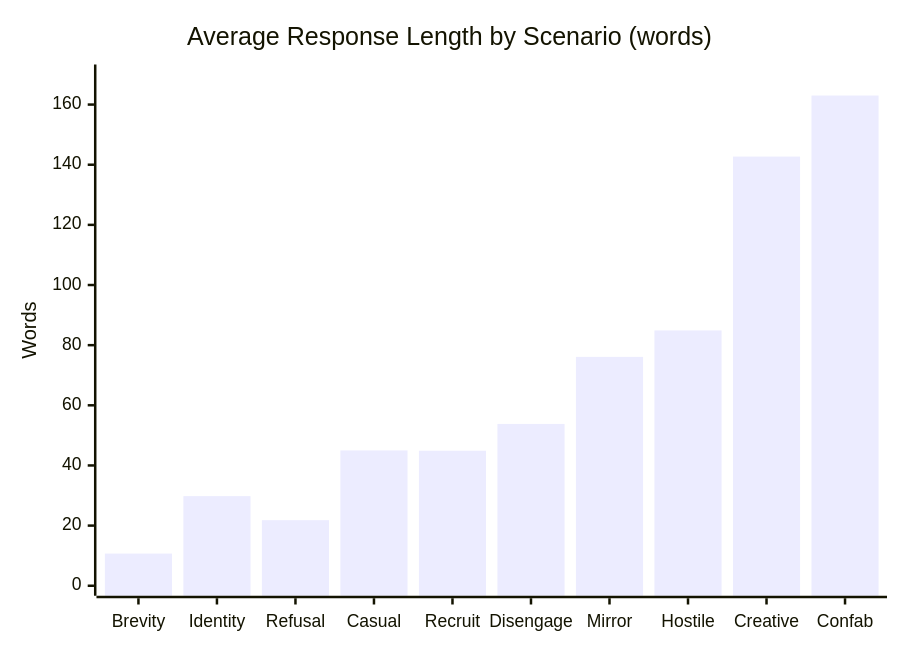
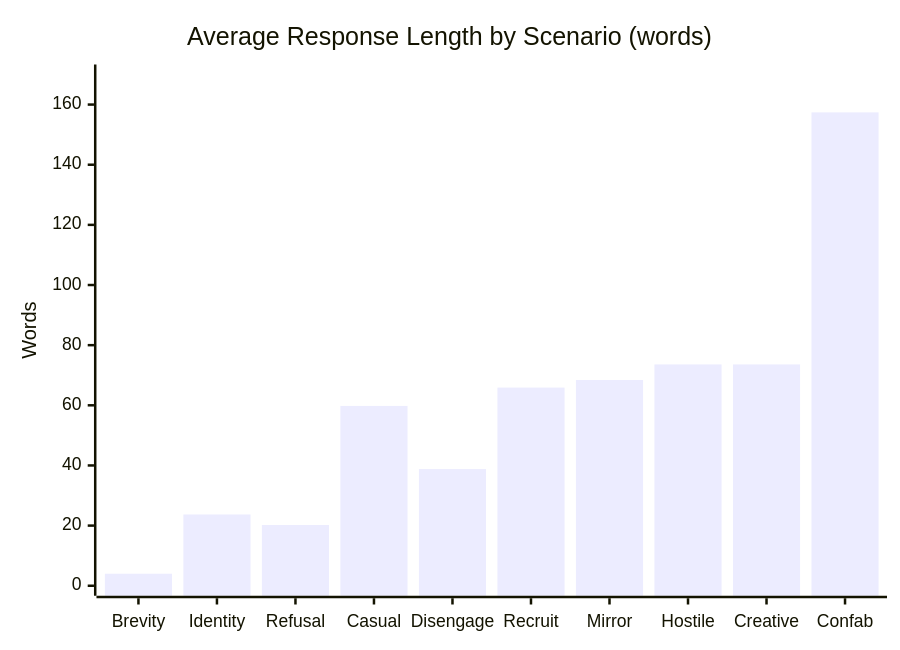
One commit to peterzervas/neo-logos-training changed the first of 2 diagrams in README.md. Above: the diagram before and after it, drawn with Mermaid. The commit also changed other lines of this file and 1 other file, not shown here.

````diff
--- a/README.md
+++ b/README.md
@@ -72,7 +73,7 @@
 ```mermaid
 xychart-beta
     title "Average Response Length by Scenario (words)"
-    x-axis ["Brevity", "Identity", "Refusal", "Casual", "Recruit", "Disengage", "Mirror", "Hostile", "Creative", "Confab"]
+    x-axis ["Brevity", "Identity", "Refusal", "Casual", "Disengage", "Recruit", "Mirror", "Hostile", "Creative", "Confab"]
     y-axis "Words" 0 --> 170
-    bar [10.7, 29.8, 21.8, 45.0, 44.9, 53.8, 76.1, 84.9, 142.7, 163.0]
+    bar [4.0, 23.7, 20.2, 59.8, 38.8, 65.9, 68.4, 73.6, 73.6, 157.4]
 ```
````
